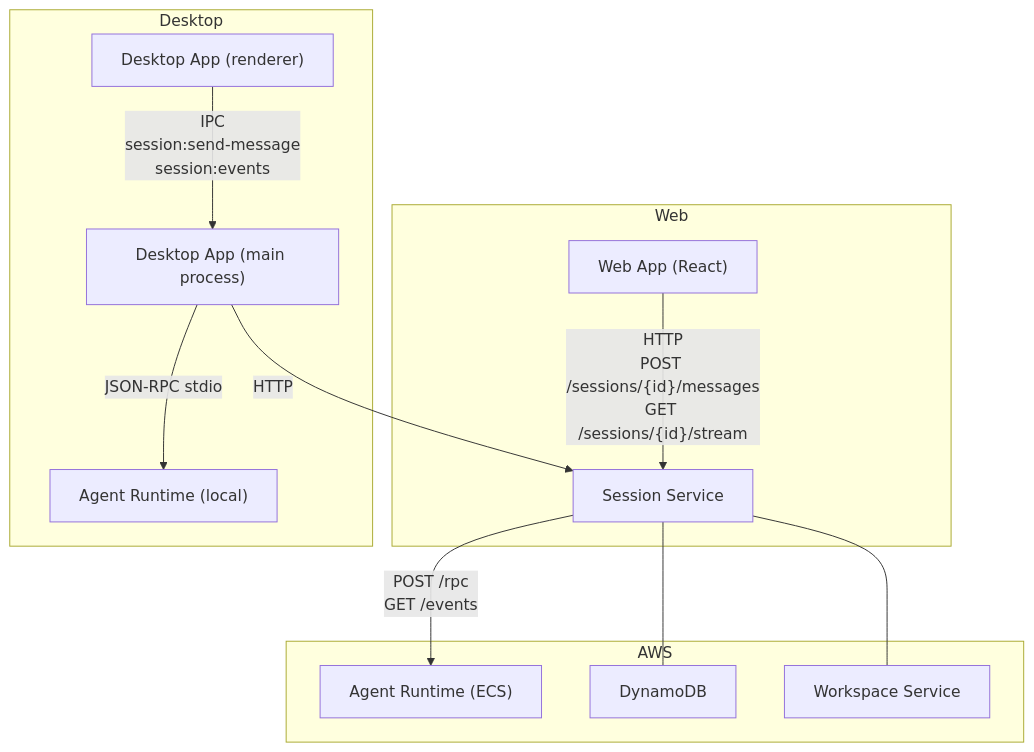
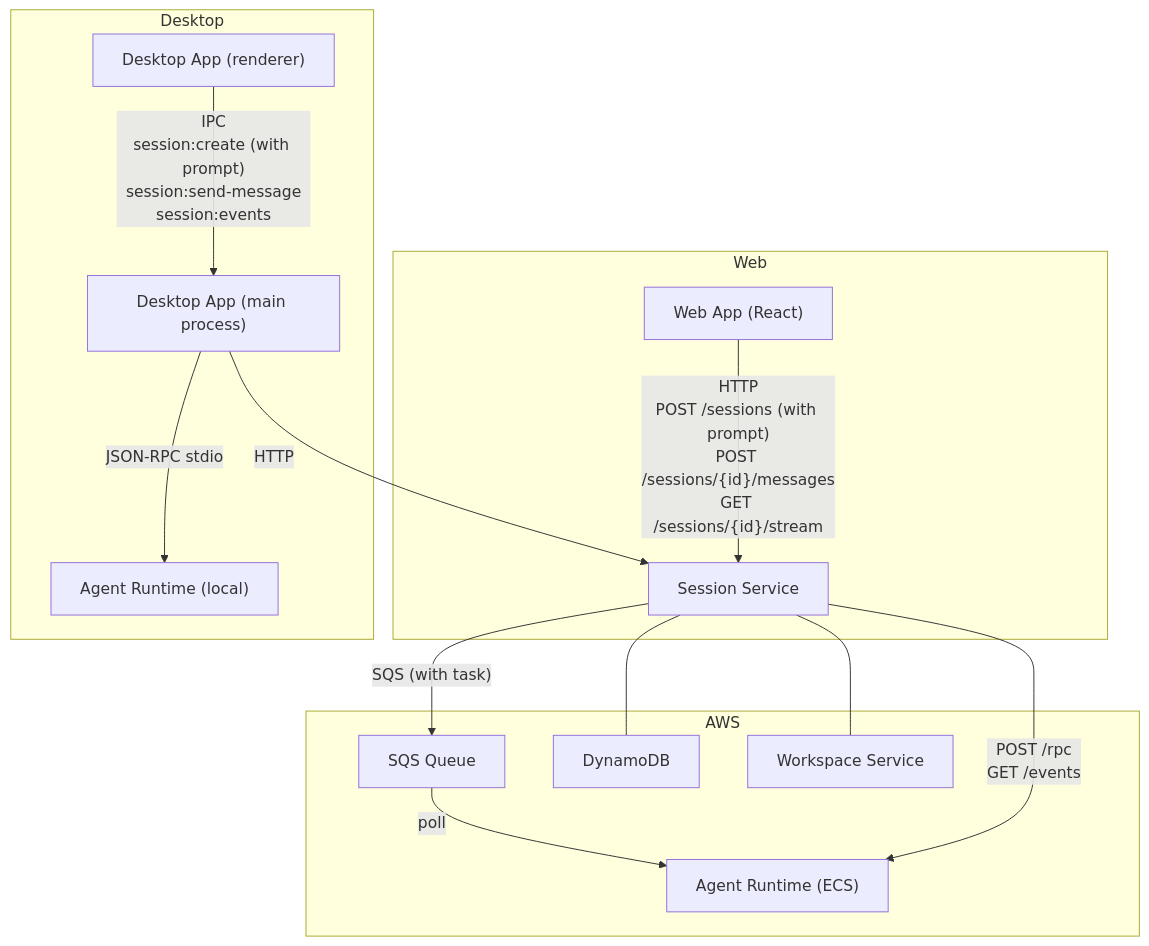
The first of 4 diagrams in docs/design/simplified-session-api.md (suman724/cowork-infra), drawn with Mermaid before and after one commit. The commit also changed other lines of this file, not shown here.

First line of the commit message:
docs: bundled first task, remove SseNotifier, simplify /stream

````diff
--- a/docs/design/simplified-session-api.md
+++ b/docs/design/simplified-session-api.md
@@ -40,22 +55,24 @@
 ```mermaid
 flowchart TB
     subgraph Web
         WebUI["Web App (React)"]
-        WebUI -->|"HTTP<br/>POST /sessions/{id}/messages<br/>GET /sessions/{id}/stream"| SS
+        WebUI -->|"HTTP<br/>POST /sessions (with prompt)<br/>POST /sessions/{id}/messages<br/>GET /sessions/{id}/stream"| SS
     end
 
     subgraph Desktop
         Renderer["Desktop App (renderer)"]
         Main["Desktop App (main process)"]
-        Renderer -->|"IPC<br/>session:send-message<br/>session:events"| Main
+        Renderer -->|"IPC<br/>session:create (with prompt)<br/>session:send-message<br/>session:events"| Main
         Main -->|"JSON-RPC stdio"| LocalAgent["Agent Runtime (local)"]
         Main -->|"HTTP"| SS
     end
 
     subgraph Cloud["AWS"]
         SS["Session Service"]
-        SS -->|"POST /rpc<br/>GET /events"| CloudAgent["Agent Runtime (ECS)"]
+        SS -->|"SQS (with task)"| SQS["SQS Queue"]
+        SQS -->|"poll"| CloudAgent["Agent Runtime (ECS)"]
+        SS -->|"POST /rpc<br/>GET /events"| CloudAgent
         SS --- DB["DynamoDB"]
         SS --- WS["Workspace Service"]
     end
 ```
````
